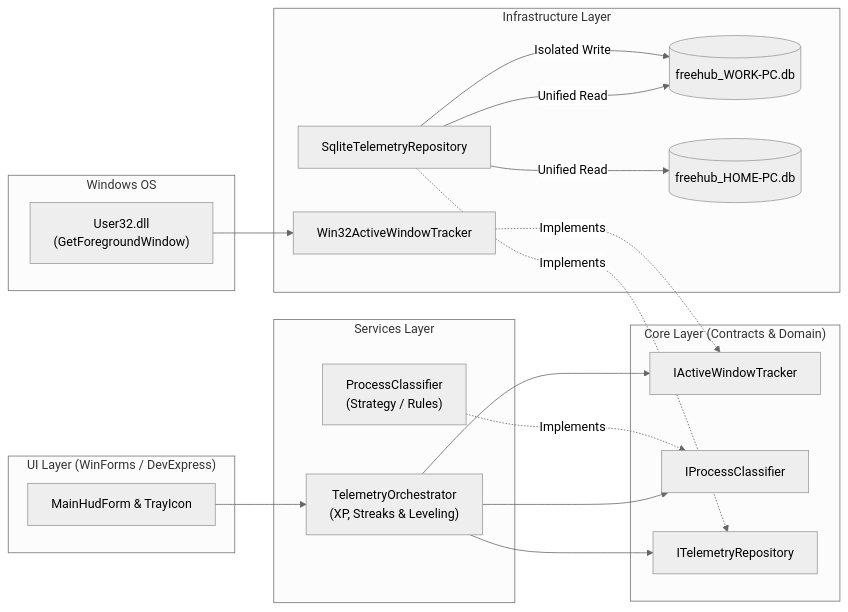
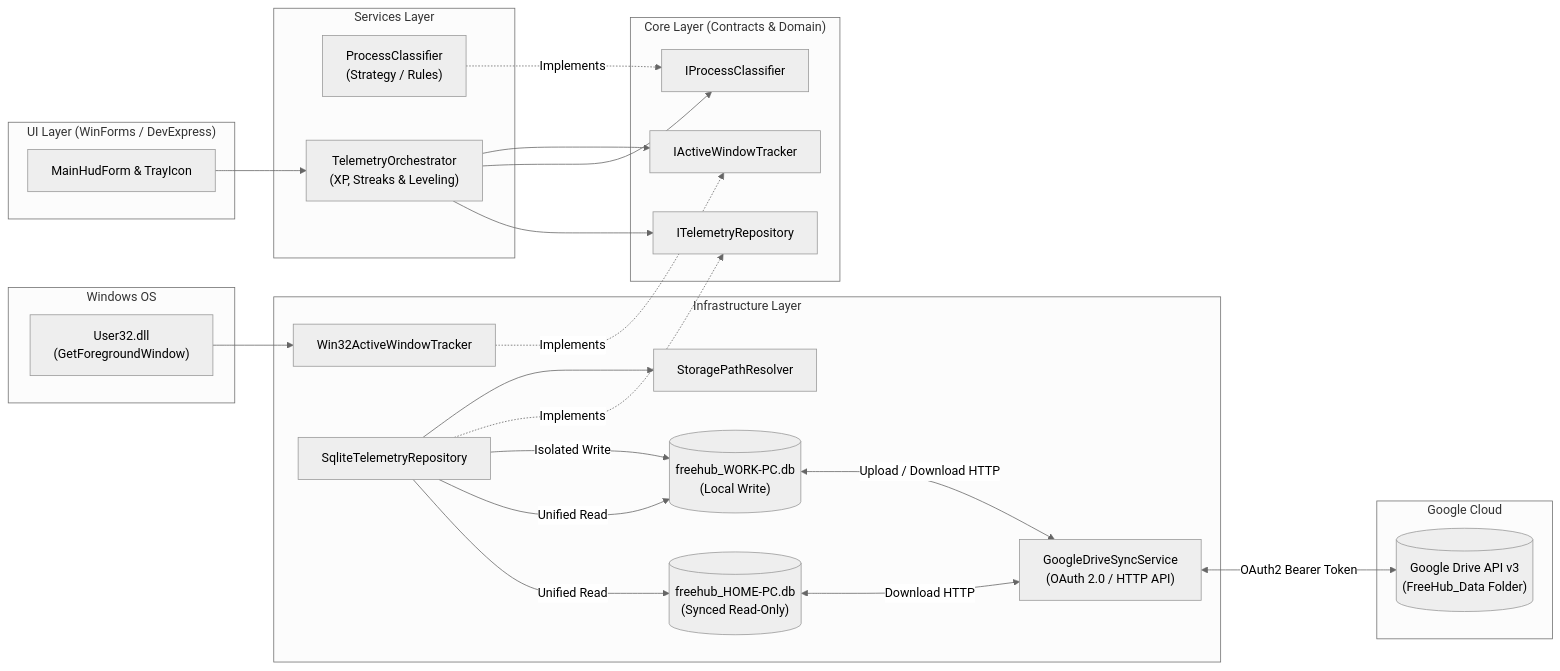
Before and after one commit to NortonPSouza/CSharp-free-hub: the diagram in README.md, drawn with Mermaid (neutral theme). The commit also changed other lines of this file, not shown here.

Commit message:
docs(readme): document Google Drive HTTP OAuth2 sync and mark Step 2 done

````diff
--- a/README.md
+++ b/README.md
@@ -47,40 +51,50 @@
 ```mermaid
 flowchart LR
     subgraph OS["Windows OS"]
         W32["User32.dll\n(GetForegroundWindow)"]
     end
 
     subgraph Infra["Infrastructure Layer"]
         WT["Win32ActiveWindowTracker"]
+        PATH["StoragePathResolver"]
         REPO["SqliteTelemetryRepository"]
-        DB1[("freehub_WORK-PC.db")]
-        DB2[("freehub_HOME-PC.db")]
+        SYNC["GoogleDriveSyncService\n(OAuth 2.0 / HTTP API)"]
+        DB1[("freehub_WORK-PC.db\n(Local Write)")]
+        DB2[("freehub_HOME-PC.db\n(Synced Read-Only)")]
+    end
+
+    subgraph Cloud["Google Cloud"]
+        GDRIVE[("Google Drive API v3\n(FreeHub_Data Folder)")]
     end
 
     subgraph Core["Core Layer (Contracts & Domain)"]
         IWT["IActiveWindowTracker"]
         IPC["IProcessClassifier"]
         IREPO["ITelemetryRepository"]
     end
 
     subgraph Services["Services Layer"]
         PC["ProcessClassifier\n(Strategy / Rules)"]
         ORCH["TelemetryOrchestrator\n(XP, Streaks & Leveling)"]
     end
 
     subgraph UI["UI Layer (WinForms / DevExpress)"]
         HUD["MainHudForm & TrayIcon"]
     end
 
     W32 --> WT
     WT -.->|Implements| IWT
+    REPO --> PATH
     REPO -.->|Implements| IREPO
     REPO -->|Isolated Write| DB1
     REPO -->|Unified Read| DB1
     REPO -->|Unified Read| DB2
+    DB1 <-->|Upload / Download HTTP| SYNC
+    DB2 <-->|Download HTTP| SYNC
+    SYNC <-->|OAuth2 Bearer Token| GDRIVE
     PC -.->|Implements| IPC
     ORCH --> IWT
     ORCH --> IPC
     ORCH --> IREPO
     HUD --> ORCH
 ```
````
